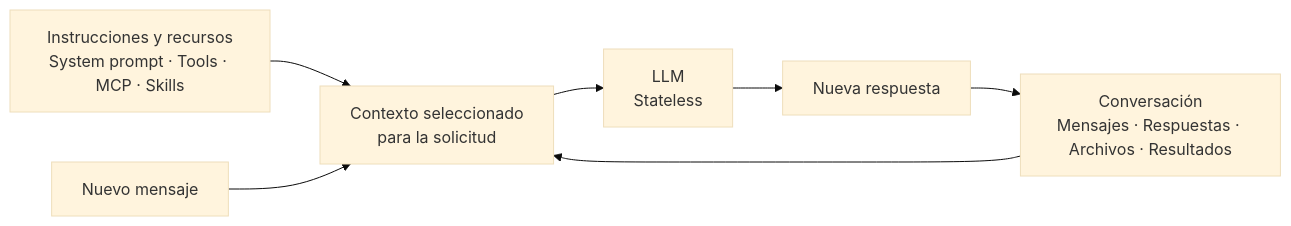
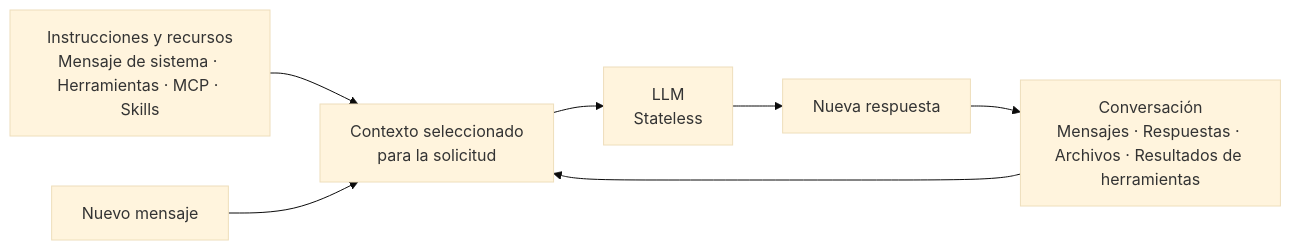
One commit to MLahuasi/opencode-info changed the diagram in 05_opencode-context.md. Above: the diagram before and after it, drawn with Mermaid (base theme). The commit also changed other lines of this file and 3 other files, not shown here.

````diff
--- a/05_opencode-context.md
+++ b/05_opencode-context.md
@@ -53,16 +57,16 @@
 ```mermaid
 flowchart LR
-    A["Instrucciones y recursos<br/>System prompt · Tools · MCP · Skills"]
-    B["Conversación<br/>Mensajes · Respuestas · Archivos · Resultados"]
+    A["Instrucciones y recursos<br/>Mensaje de sistema · Herramientas · MCP · Skills"]
+    B["Conversación<br/>Mensajes · Respuestas · Archivos · Resultados de herramientas"]
     C["Nuevo mensaje"]
     D["Contexto seleccionado<br/>para la solicitud"]
     E["LLM<br/>Stateless"]
     F["Nueva respuesta"]
 
     A --> D
     B --> D
     C --> D
     D --> E
     E --> F
     F --> B
 ```
````
